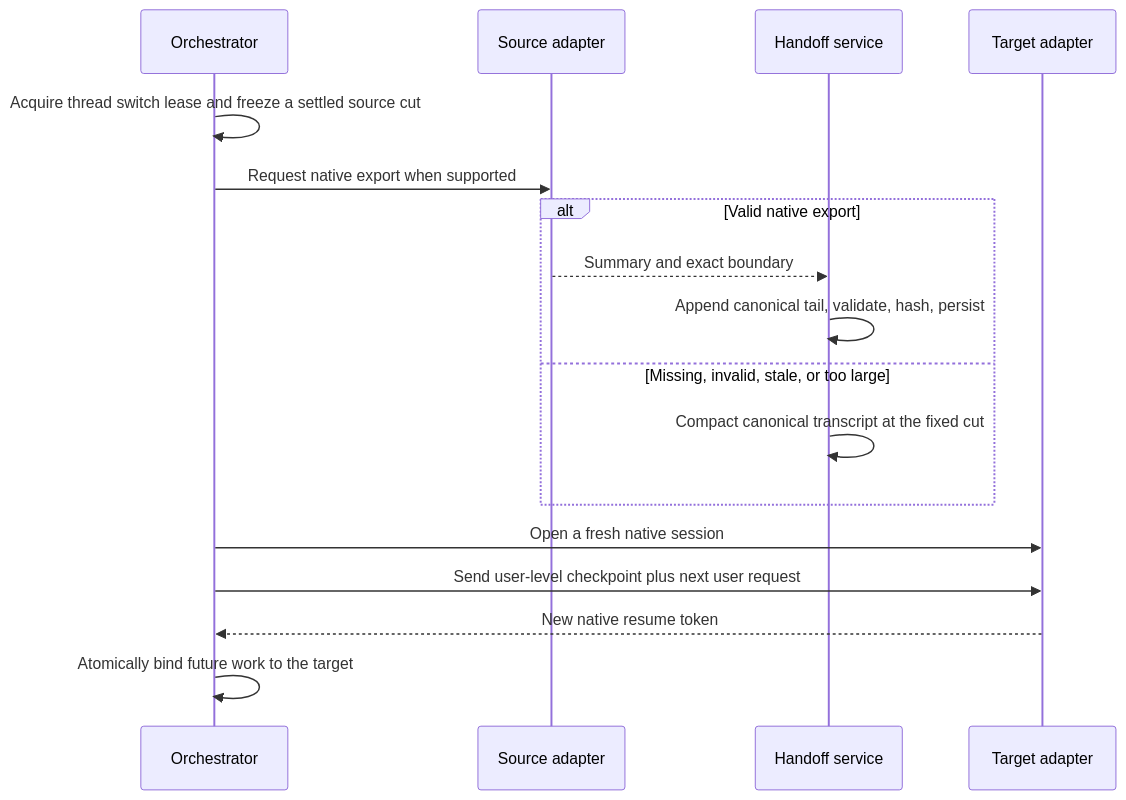
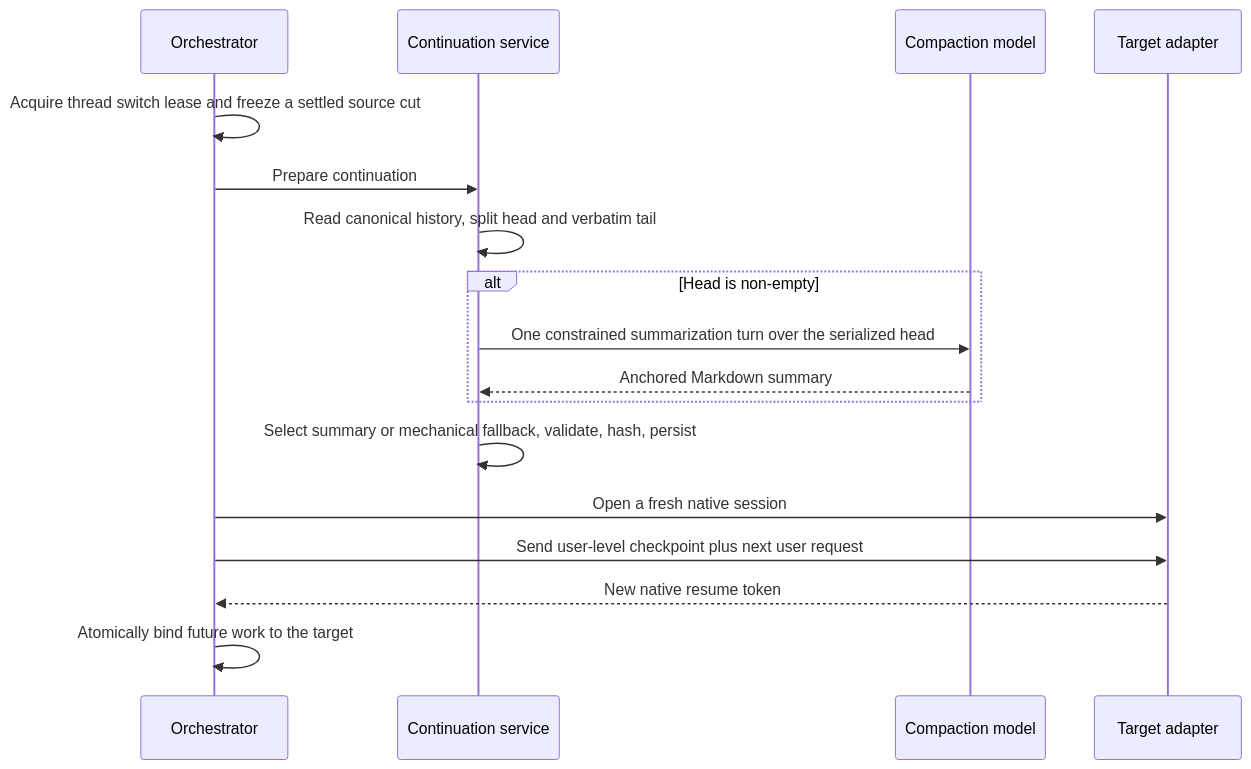
One commit to artisanstreet/editor changed the diagram in docs/research/portable-engine-handoff.md. Above: the diagram before and after it, drawn with Mermaid. The commit also changed other lines of this file and 669 other files, not shown here.

Commit message:
quality: rebuild Effect architecture

````diff
--- a/docs/research/portable-engine-handoff.md
+++ b/docs/research/portable-engine-handoff.md
@@ -289,20 +103,20 @@
 ```mermaid
 sequenceDiagram
     participant O as Orchestrator
-    participant S as Source adapter
-    participant H as Handoff service
+    participant H as Continuation service
+    participant C as Compaction model
     participant T as Target adapter
 
     O->>O: Acquire thread switch lease and freeze a settled source cut
-    O->>S: Request native export when supported
-    alt Valid native export
-        S-->>H: Summary and exact boundary
-        H->>H: Append canonical tail, validate, hash, persist
-    else Missing, invalid, stale, or too large
-        H->>H: Compact canonical transcript at the fixed cut
+    O->>H: Prepare continuation
+    H->>H: Read canonical history, split head and verbatim tail
+    alt Head is non-empty
+        H->>C: One constrained summarization turn over the serialized head
+        C-->>H: Anchored Markdown summary
     end
+    H->>H: Select summary or mechanical fallback, validate, hash, persist
     O->>T: Open a fresh native session
     O->>T: Send user-level checkpoint plus next user request
     T-->>O: New native resume token
     O->>O: Atomically bind future work to the target
 ```
````
